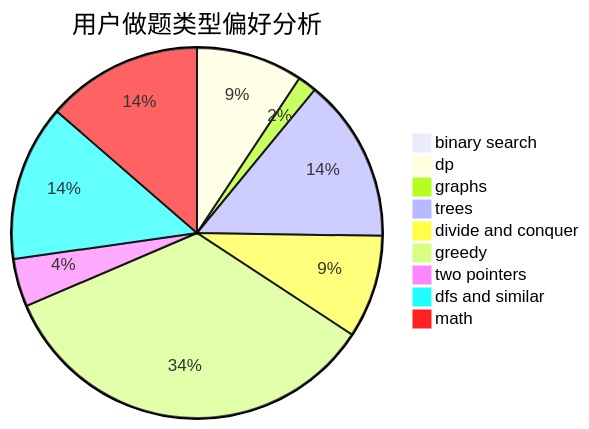
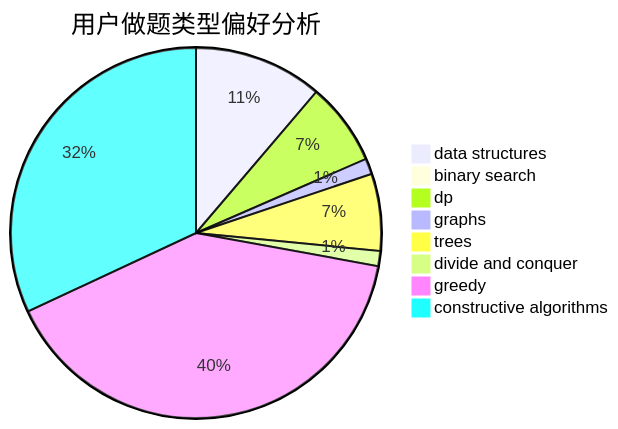
The second of 3 diagrams in docs/user/u1423.md (sherpahu/cfrs.github.io), drawn with Mermaid before and after one commit. The commit also changed other lines of this file and 2775 other files, not shown here.

````diff
--- a/docs/user/u1423.md
+++ b/docs/user/u1423.md
@@ -23,12 +23,11 @@
 ```mermaid
 pie title 用户做题类型偏好分析
-    "binary search" :  18
-    "dp" :  209
-    "graphs" :  37
-    "trees" :  321
-    "divide and conquer" :  202
-    "greedy" :  771
-    "two pointers" :  94
-    "dfs and similar" :  306
-    "math" :  306
+    "data structures" :  179
+    "binary search" :  2
+    "dp" :  115
+    "graphs" :  22
+    "trees" :  107
+    "divide and conquer" :  21
+    "greedy" :  640
+    "constructive algorithms" :  509
 ```
````
